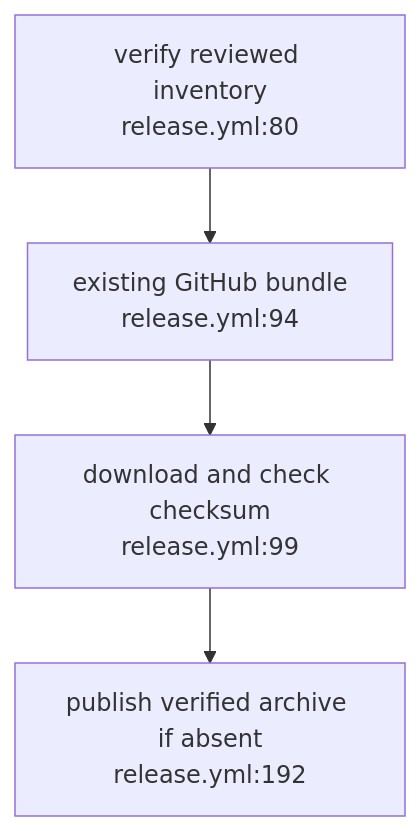
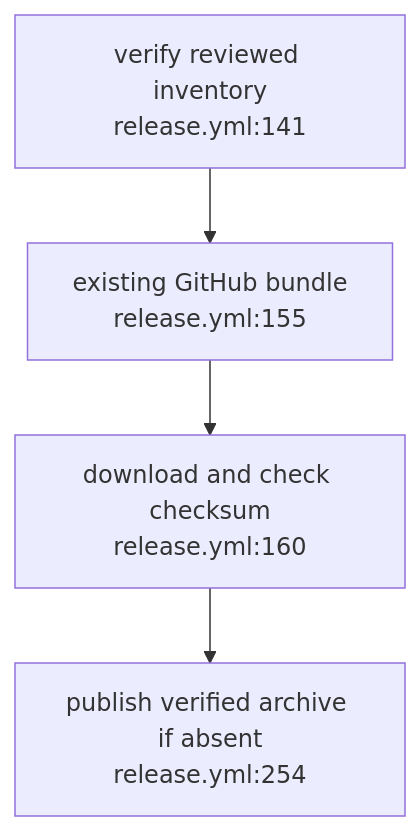
The third of 3 diagrams in docs/diagrams/vowl-wasm/06-layout-and-release-repairs.md (DreamLab-AI/VisionFlow), drawn with Mermaid before and after one commit. The commit also changed other lines of this file and 5 other files, not shown here.

First line of the commit message:
docs(diagrams): vowl-wasm re-verified at v0.4.0 (0779174)

````diff
--- a/docs/diagrams/vowl-wasm/06-layout-and-release-repairs.md
+++ b/docs/diagrams/vowl-wasm/06-layout-and-release-repairs.md
@@ -50,6 +51,6 @@
 ```mermaid
 flowchart TB
-    REVIEW["verify reviewed inventory<br/>release.yml:80"] --> EXISTS["existing GitHub bundle<br/>release.yml:94"]
-    EXISTS --> CHECK["download and check checksum<br/>release.yml:99"]
-    CHECK --> NPM["publish verified archive if absent<br/>release.yml:192"]
+    REVIEW["verify reviewed inventory<br/>release.yml:141"] --> EXISTS["existing GitHub bundle<br/>release.yml:155"]
+    EXISTS --> CHECK["download and check checksum<br/>release.yml:160"]
+    CHECK --> NPM["publish verified archive if absent<br/>release.yml:254"]
 ```
````
